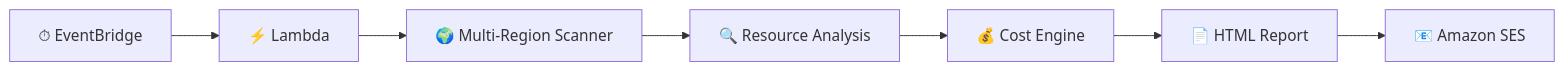
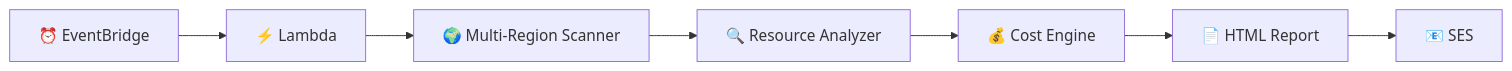
Before and after one commit to harshithrosun2705-star/harshithrosun2705-star: the first of 7 diagrams in README.md, drawn with Mermaid. The commit also changed other lines of this file, not shown here.

````diff
--- a/README.md
+++ b/README.md
@@ -297,18 +321,18 @@
 ```mermaid
 flowchart LR
 
-    A["⏱ EventBridge"]
+    A["⏰ EventBridge"]
     B["⚡ Lambda"]
     C["🌍 Multi-Region Scanner"]
-    D["🔍 Resource Analysis"]
+    D["🔍 Resource Analyzer"]
     E["💰 Cost Engine"]
     F["📄 HTML Report"]
-    G["📧 Amazon SES"]
+    G["📧 SES"]
 
     A --> B
     B --> C
     C --> D
     D --> E
     E --> F
     F --> G
 ```
````
